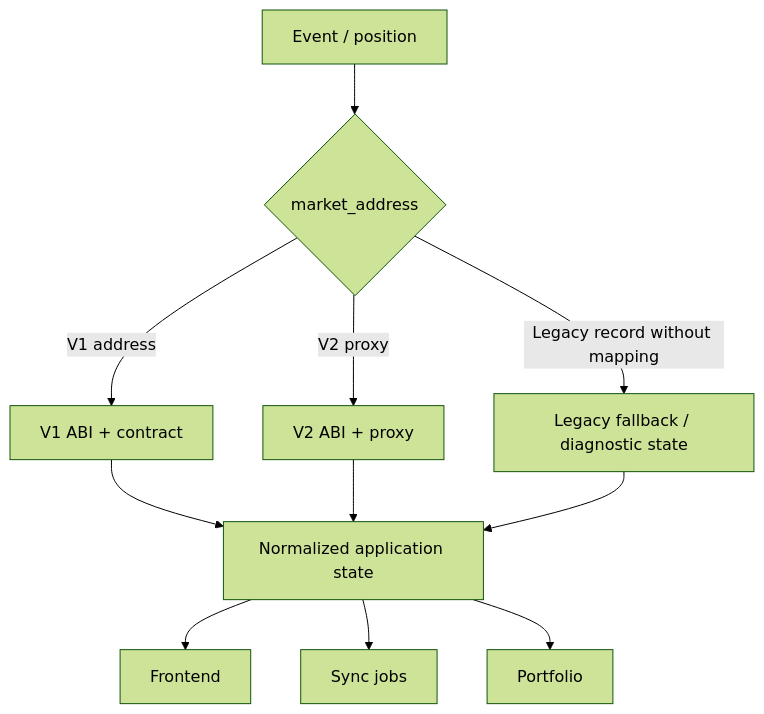
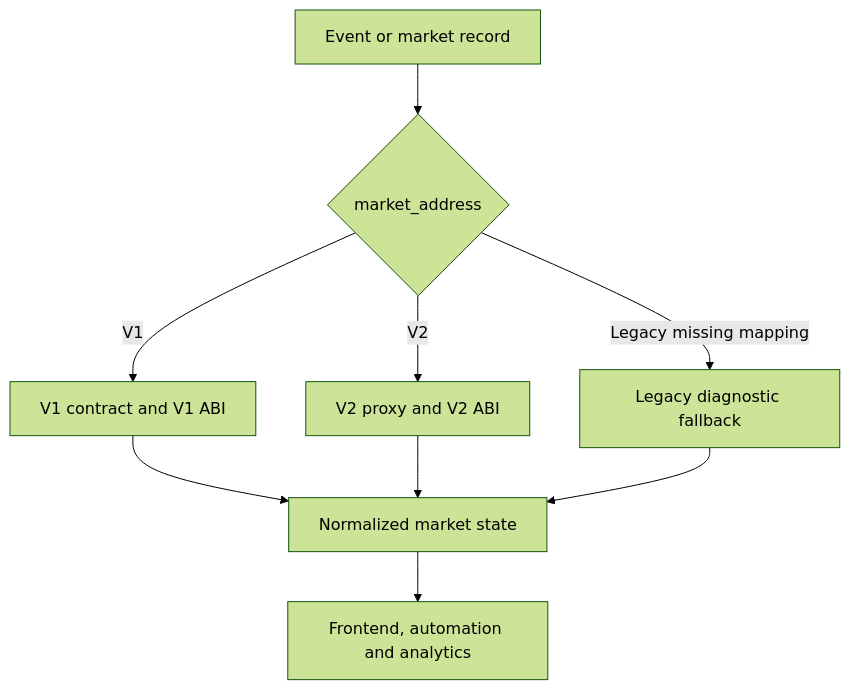
The third of 9 diagrams in README.md (blocknine0/geomacro), drawn with Mermaid (forest theme) before and after one commit. The commit also changed other lines of this file, not shown here.

````diff
--- a/README.md
+++ b/README.md
@@ -243,16 +131,11 @@
 ```mermaid
-flowchart TD
-    E[Event / position] --> A{market_address}
-
-    A -->|V1 address| V1[V1 ABI + contract]
-    A -->|V2 proxy| V2[V2 ABI + proxy]
-    A -->|Legacy record without mapping| L[Legacy fallback / diagnostic state]
-
-    V1 --> N[Normalized application state]
-    V2 --> N
-    L --> N
-
-    N --> F[Frontend]
-    N --> S[Sync jobs]
-    N --> P[Portfolio]
+graph TD;
+    RECORD["Event or market record"] --> ADDRESS{"market_address"};
+    ADDRESS -->|V1| V1["V1 contract and V1 ABI"];
+    ADDRESS -->|V2| V2["V2 proxy and V2 ABI"];
+    ADDRESS -->|Legacy missing mapping| FALLBACK["Legacy diagnostic fallback"];
+    V1 --> NORMAL["Normalized market state"];
+    V2 --> NORMAL;
+    FALLBACK --> NORMAL;
+    NORMAL --> APP["Frontend, automation and analytics"];
 ```
````
